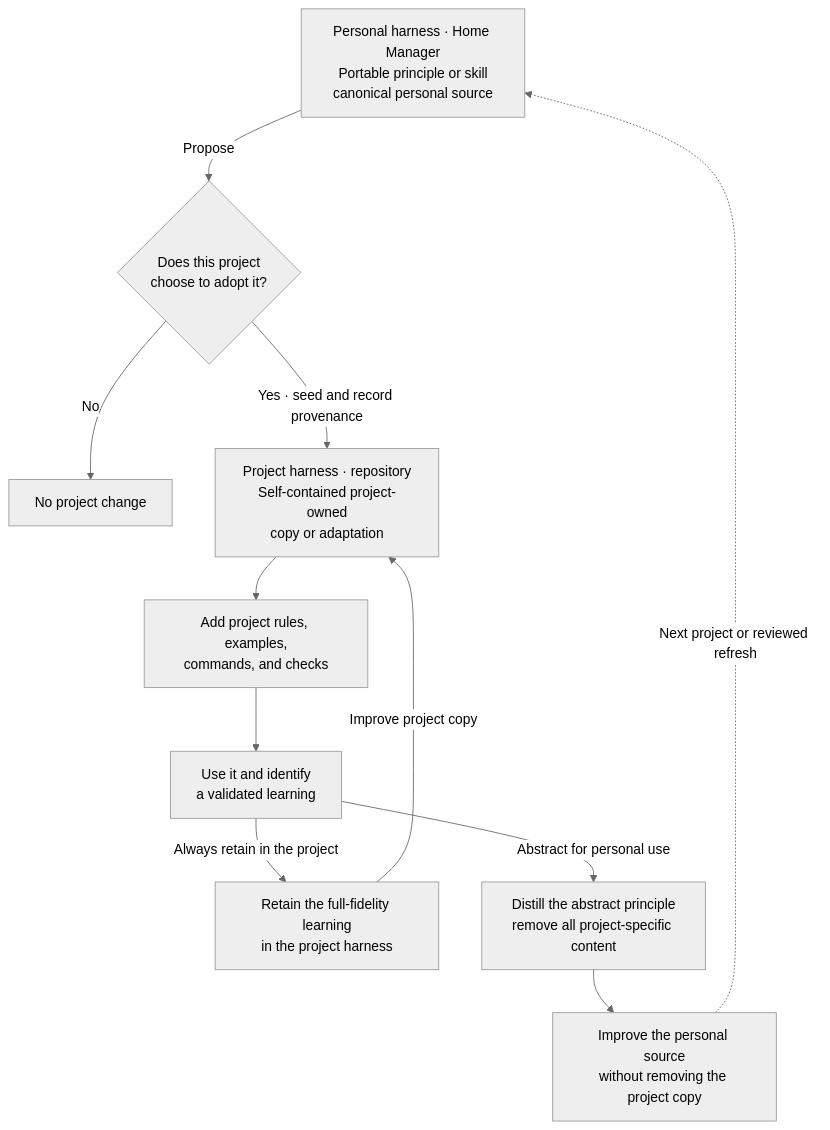
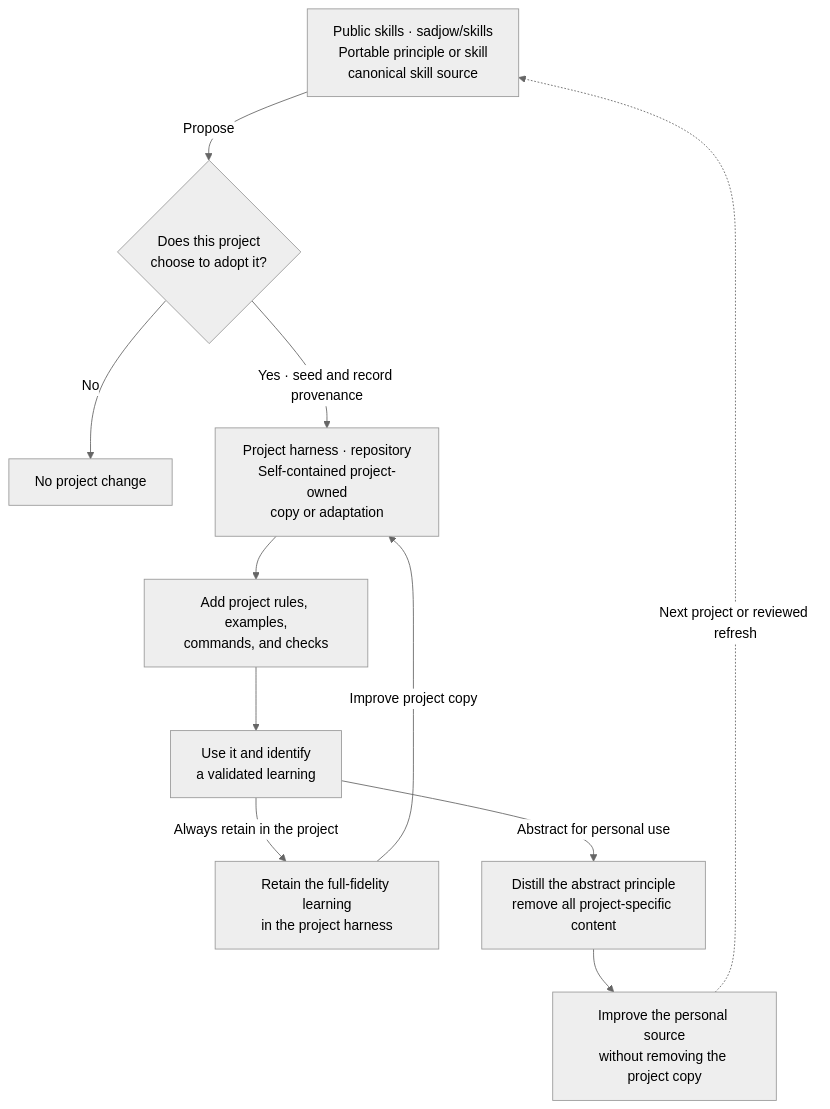
One commit to sadjow/home-manager changed the diagram in docs/AGENT_HARNESS_SKILL_LINEAGE.md. Above: the diagram before and after it, drawn with Mermaid (neutral theme). The commit also changed other lines of this file and 112 other files, not shown here.

````diff
--- a/docs/AGENT_HARNESS_SKILL_LINEAGE.md
+++ b/docs/AGENT_HARNESS_SKILL_LINEAGE.md
@@ -5,21 +5,21 @@
 ```mermaid
 flowchart TB
-  portable["Personal harness · Home Manager<br/>Portable principle or skill<br/>canonical personal source"]
+  portable["Public skills · sadjow/skills<br/>Portable principle or skill<br/>canonical skill source"]
   adopt{"Does this project<br/>choose to adopt it?"}
   unchanged["No project change"]
   projectCopy["Project harness · repository<br/>Self-contained project-owned<br/>copy or adaptation"]
   specialize["Add project rules, examples,<br/>commands, and checks"]
   feedback["Use it and identify<br/>a validated learning"]
   retain["Retain the full-fidelity learning<br/>in the project harness"]
   generalized["Distill the abstract principle<br/>remove all project-specific content"]
   improve["Improve the personal source<br/>without removing the project copy"]
 
   portable -->|"Propose"| adopt
   adopt -->|"Yes · seed and record provenance"| projectCopy
   adopt -->|"No"| unchanged
   projectCopy --> specialize --> feedback
   feedback -->|"Always retain in the project"| retain
   retain -->|"Improve project copy"| projectCopy
   feedback -->|"Abstract for personal use"| generalized --> improve
   improve -. "Next project or reviewed refresh" .-> portable
 ```
````
